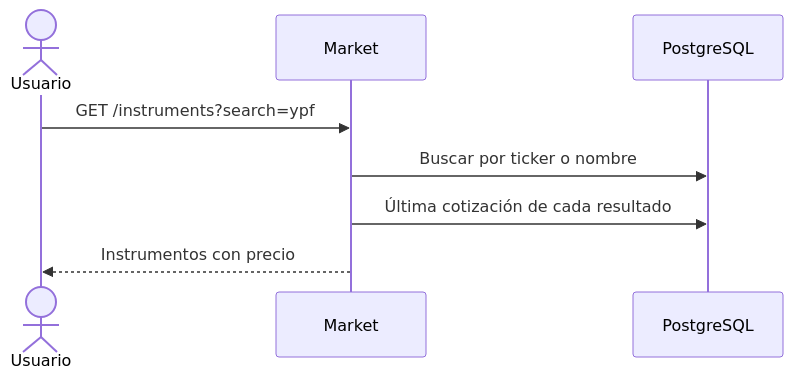
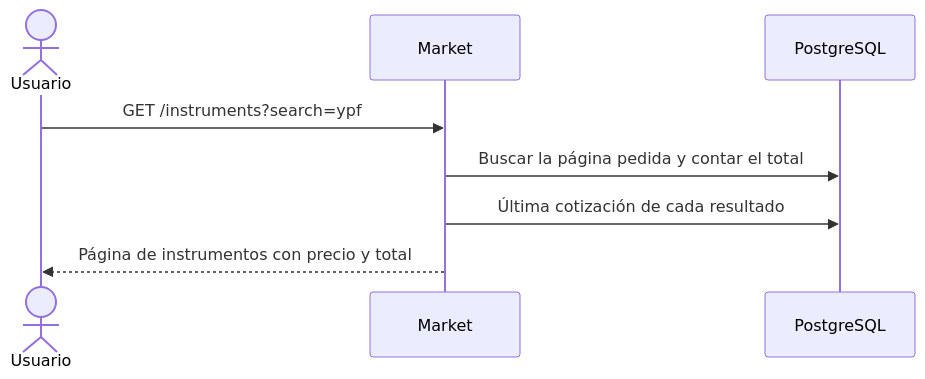
One commit to agustindamianMontenegro/cocos-challenge changed the fourth of 8 diagrams in docs/ADR-COCOS-BACKEND.md. Above: the diagram before and after it, drawn with Mermaid. The commit also changed other lines of this file and 20 other files, not shown here.

````diff
--- a/docs/ADR-COCOS-BACKEND.md
+++ b/docs/ADR-COCOS-BACKEND.md
@@ -233,10 +247,10 @@
 ```mermaid
 sequenceDiagram
     actor U as Usuario
     participant M as Market
     participant DB as PostgreSQL
     U->>M: GET /instruments?search=ypf
-    M->>DB: Buscar por ticker o nombre
+    M->>DB: Buscar la página pedida y contar el total
     M->>DB: Última cotización de cada resultado
-    M-->>U: Instrumentos con precio
+    M-->>U: Página de instrumentos con precio y total
 ```
````
